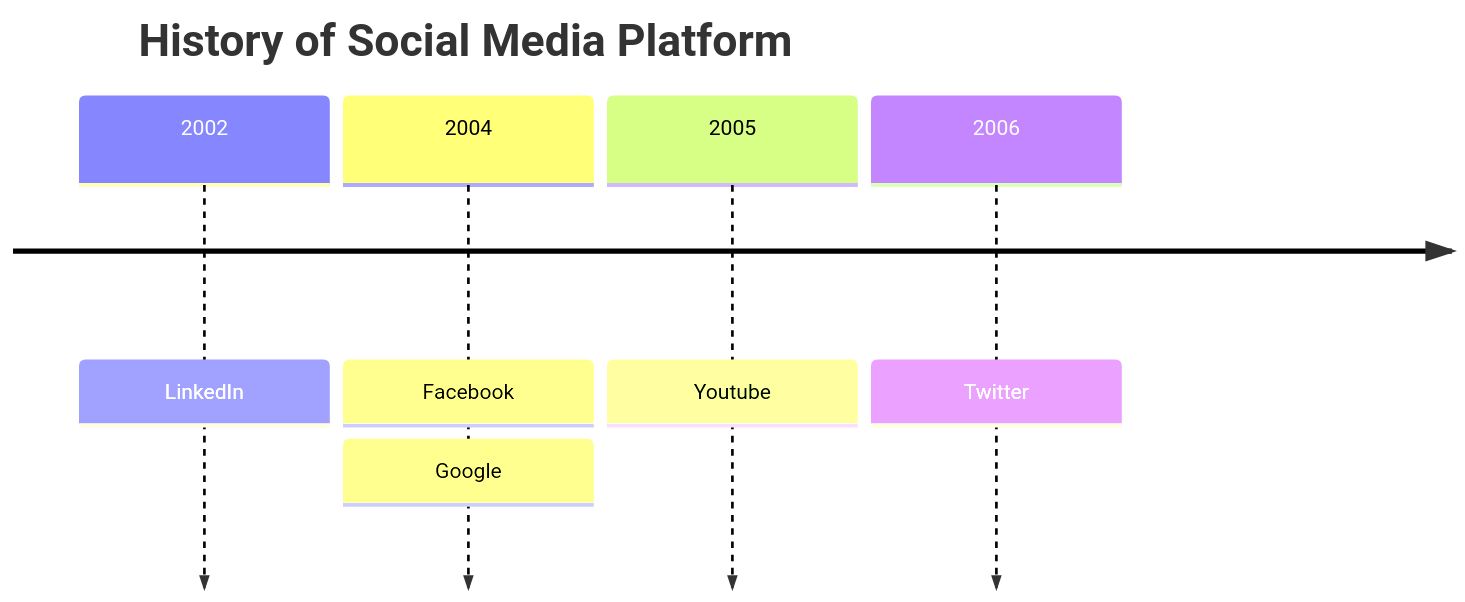
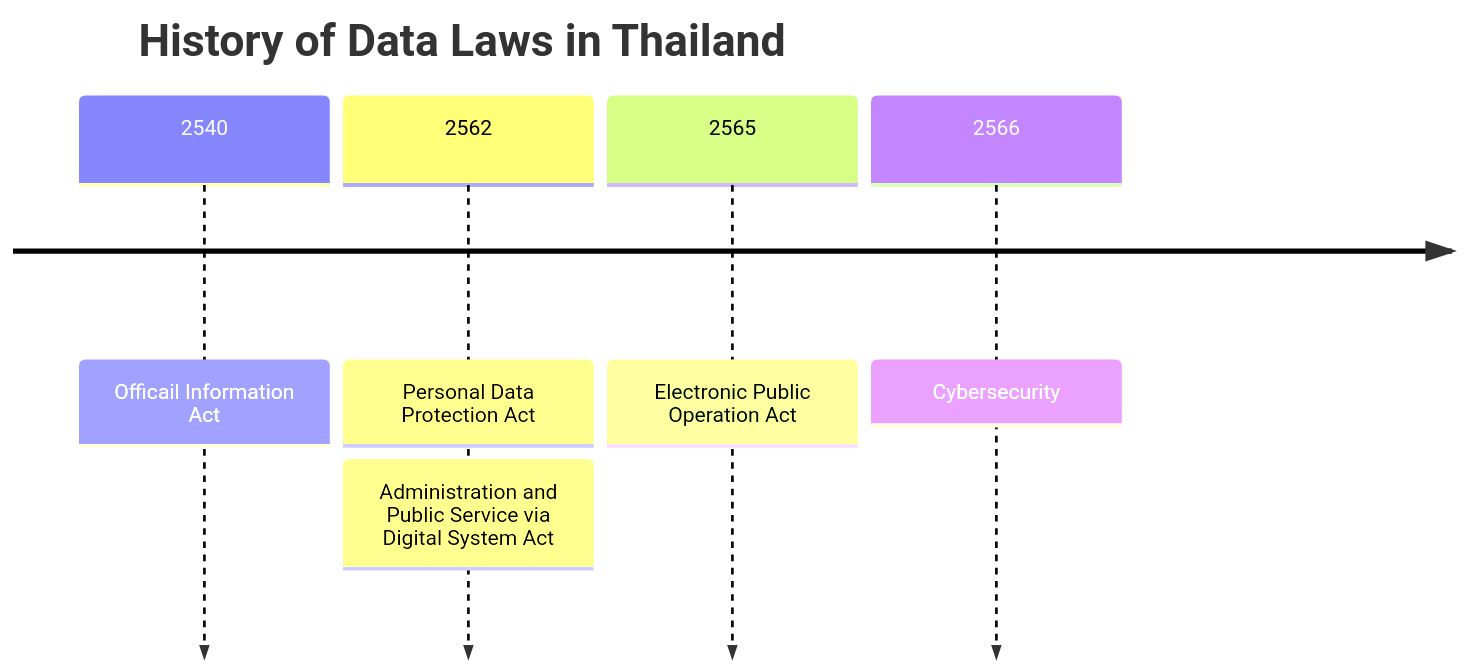
The first of 9 diagrams in README.md (Kietpawpan/pdpa), drawn with Mermaid before and after one commit.

````diff
--- a/README.md
+++ b/README.md
@@ -2,9 +2,9 @@
 ```mermaid
 timeline
-    title History of Social Media Platform
-    2002 : LinkedIn
-    2004 : Facebook
-         : Google
-    2005 : Youtube
-    2006 : Twitter
+    title History of Data Laws in Thailand
+    2540 : Officail Information Act
+    2562 : Personal Data Protection Act
+         : Administration and Public Service via Digital System Act
+    2565 : Electronic Public Operation Act
+    2566 : Cybersecurity
 ```
````
